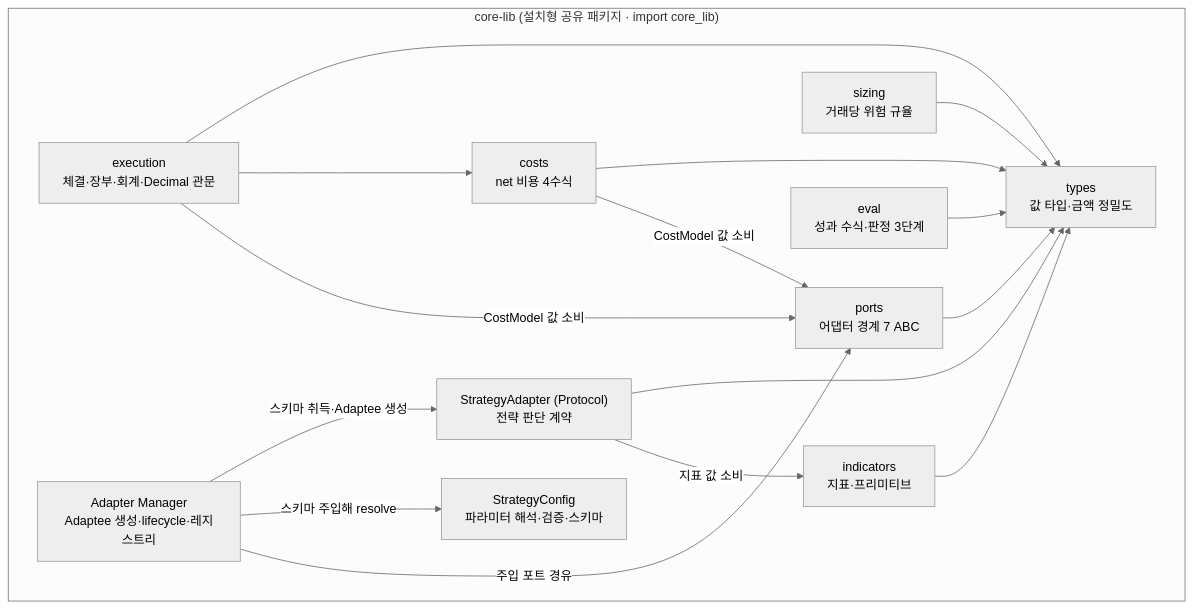
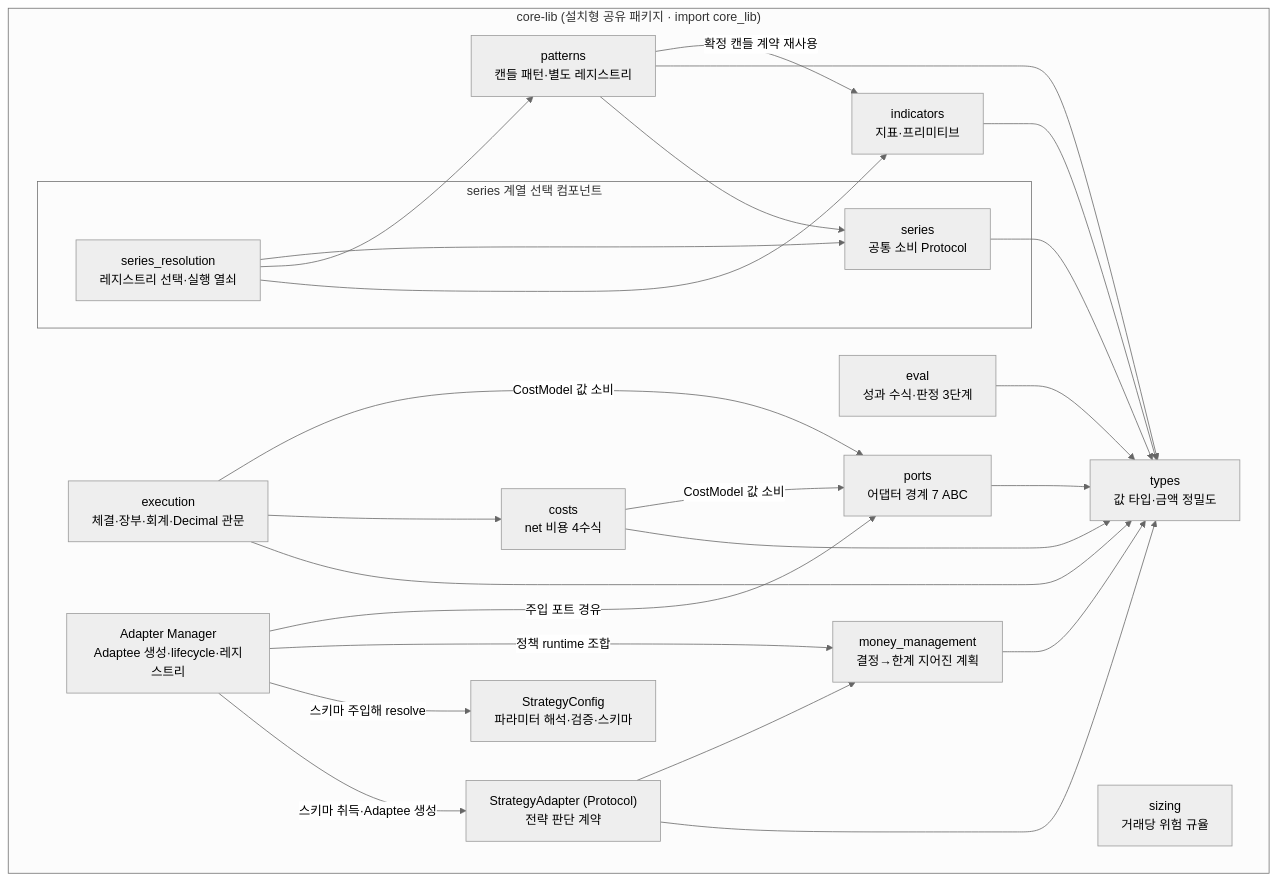
The third of 38 diagrams in docs/fullspec/backtest_v2_detailed_design.md (vessel35/trading-system-v2), drawn with Mermaid (neutral theme) before and after one commit. The commit also changed other lines of this file and 1 other file, not shown here.

````diff
--- a/docs/fullspec/backtest_v2_detailed_design.md
+++ b/docs/fullspec/backtest_v2_detailed_design.md
@@ -533,29 +571,43 @@
 ```mermaid
 flowchart TD
     subgraph CORELIB["core-lib (설치형 공유 패키지 · import core_lib)"]
         TYPES["types<br/>값 타입·금액 정밀도"]
         IND["indicators<br/>지표·프리미티브"]
+        PAT["patterns<br/>캔들 패턴·별도 레지스트리"]
+        subgraph SERIES["series 계열 선택 컴포넌트"]
+            SER["series<br/>공통 소비 Protocol"]
+            RES["series_resolution<br/>레지스트리 선택·실행 열쇠"]
+        end
+        MM["money_management<br/>결정→한계 지어진 계획"]
         STRAT["StrategyAdapter (Protocol)<br/>전략 판단 계약"]
         SIZ["sizing<br/>거래당 위험 규율"]
         CST["costs<br/>net 비용 4수식"]
         EXE["execution<br/>체결·장부·회계·Decimal 관문"]
         PORT["ports<br/>어댑터 경계 7 ABC"]
         EVAL["eval<br/>성과 수식·판정 3단계"]
         MGR["Adapter Manager<br/>Adaptee 생성·lifecycle·레지스트리"]
         CFG["StrategyConfig<br/>파라미터 해석·검증·스키마"]
     end
     IND --> TYPES
+    PAT --> TYPES
+    PAT -->|확정 캔들 계약 재사용| IND
+    PAT --> SER
+    RES --> IND
+    RES --> PAT
+    RES --> SER
+    SER --> TYPES
+    MM --> TYPES
     STRAT --> TYPES
-    STRAT -->|지표 값 소비| IND
-    SIZ --> TYPES
+    STRAT --> MM
     CST --> TYPES
     CST -->|CostModel 값 소비| PORT
     EXE --> TYPES
     EXE --> CST
     EXE -->|CostModel 값 소비| PORT
     PORT --> TYPES
     EVAL --> TYPES
     MGR -->|스키마 취득·Adaptee 생성| STRAT
     MGR -->|스키마 주입해 resolve| CFG
+    MGR -->|정책 runtime 조합| MM
     MGR -->|주입 포트 경유| PORT
 ```
````
